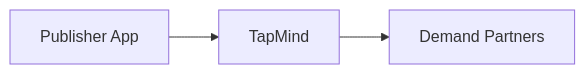
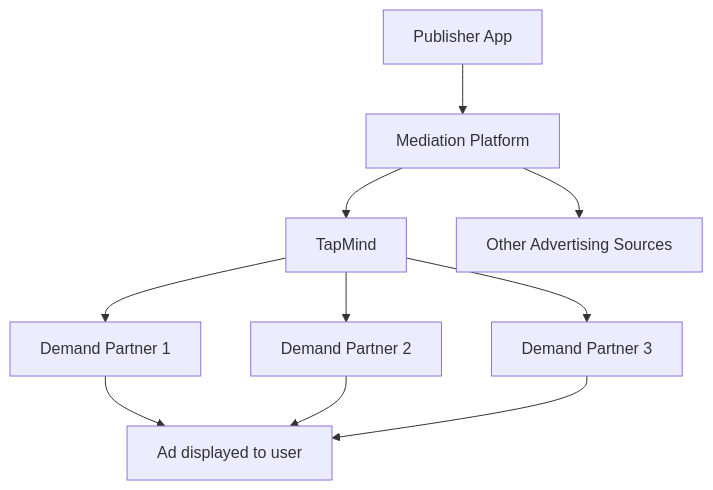
One commit to tirthkanzariya201/tapmind changed the diagram in docs/getting-started/where-tapmind-fits-in.md. Above: the diagram before and after it, drawn with Mermaid. The commit also changed other lines of this file and 1 other file, not shown here.

First line of the commit message:
Add ecosystem-focused content for Where TapMind Fits In page.

````diff
--- a/docs/getting-started/where-tapmind-fits-in.md
+++ b/docs/getting-started/where-tapmind-fits-in.md
@@ -23,6 +109,12 @@
 ```mermaid
-%% Add a diagram when a process or flow is described
-flowchart LR
-    A[Publisher App] --> B[TapMind]
-    B --> C[Demand Partners]
+flowchart TD
+    A[Publisher App] --> B[Mediation Platform]
+    B --> C[TapMind]
+    C --> D[Demand Partner 1]
+    C --> E[Demand Partner 2]
+    C --> F[Demand Partner 3]
+    B --> G[Other Advertising Sources]
+    D --> H[Ad displayed to user]
+    E --> H
+    F --> H
 ```
````
